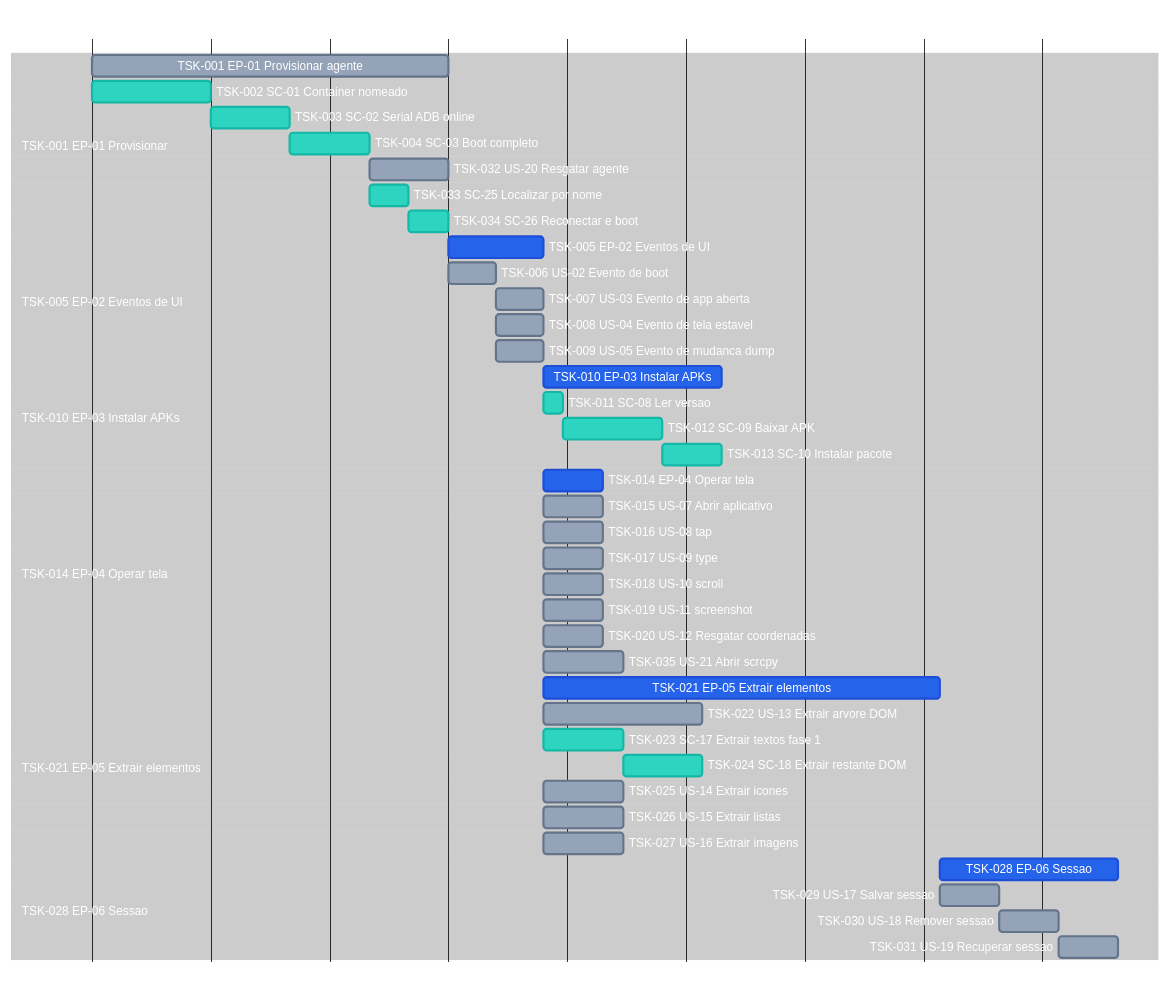
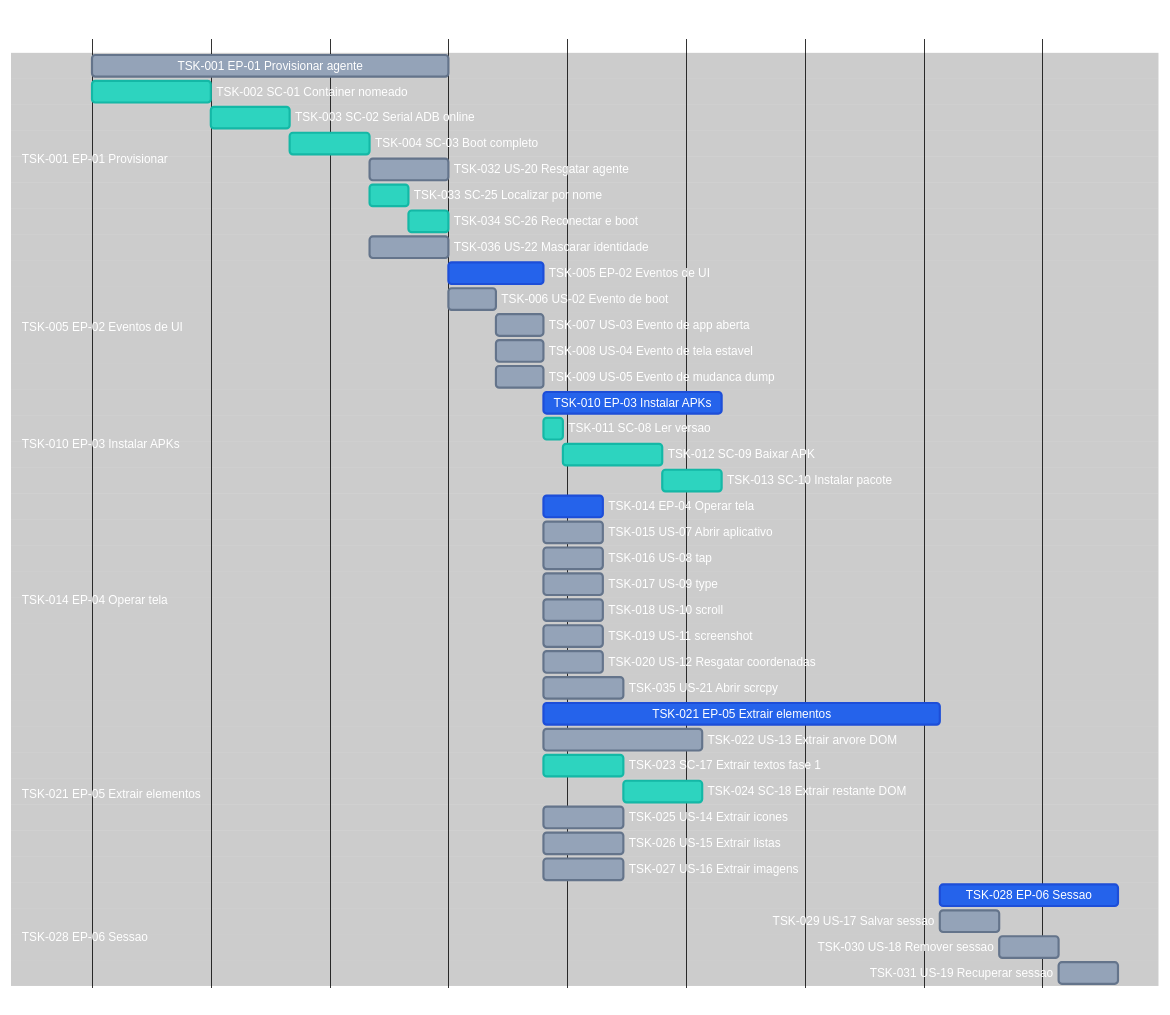
One commit to laerciogermano/workstation changed the diagram in screen-robot/7.tasks.md. Above: the diagram before and after it, drawn with Mermaid. The commit also changed other lines of this file and 15 other files, not shown here.

```diff
--- a/screen-robot/7.tasks.md
+++ b/screen-robot/7.tasks.md
@@ -60,6 +60,7 @@
   TSK-032 US-20 Resgatar agente         :tsk32, after tsk04, 20m
   TSK-033 SC-25 Localizar por nome      :active, tsk33, after tsk04, 10m
   TSK-034 SC-26 Reconectar e boot       :active, tsk34, after tsk33, 10m
+  TSK-036 US-22 Mascarar identidade     :tsk36, after tsk04, 20m
 
   section TSK-005 EP-02 Eventos de UI
   TSK-005 EP-02 Eventos de UI           :done, tsk05, after tsk01, 24m
```
